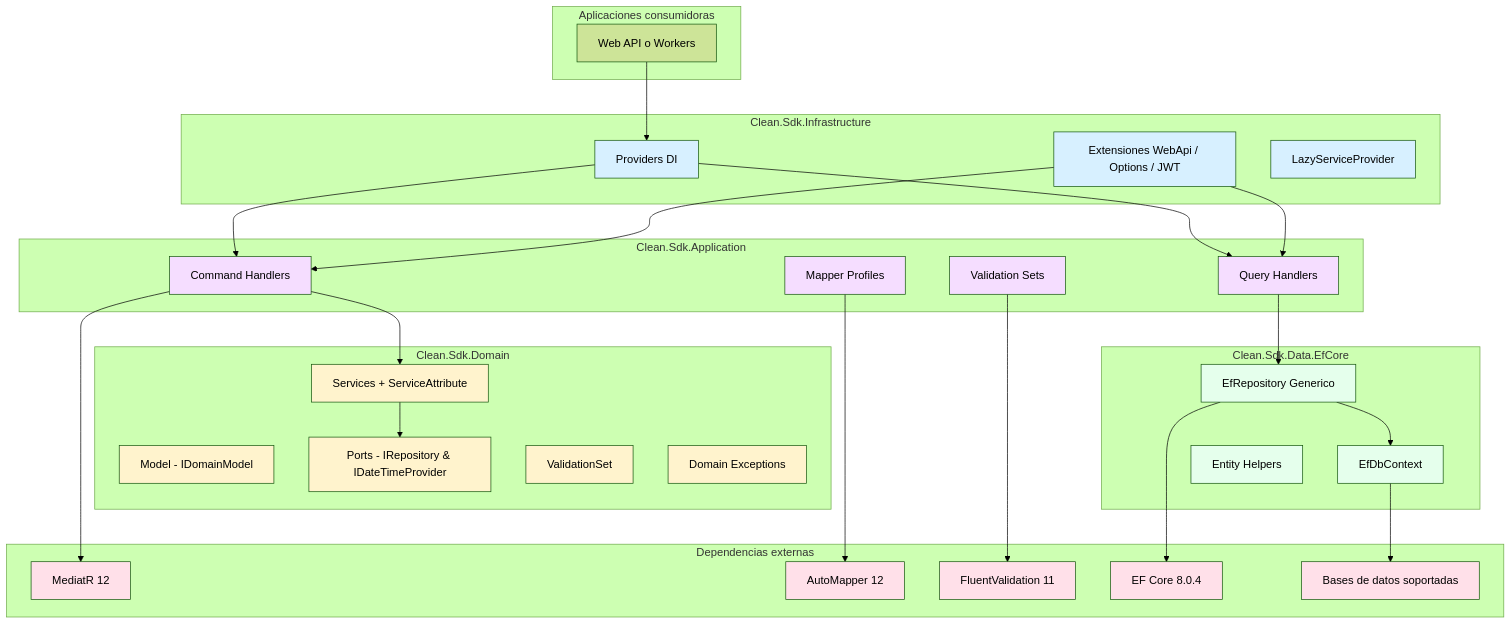
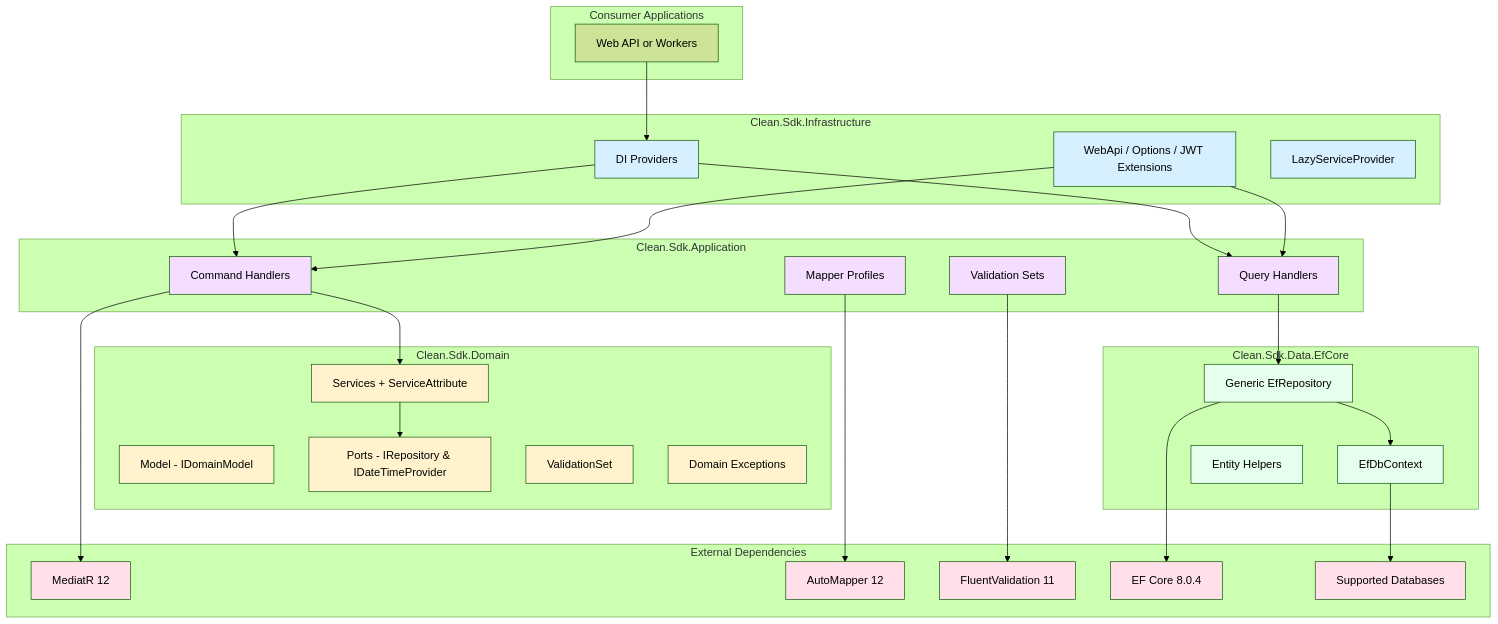
One commit to GbsoDev/Clean.Sdk changed the first of 3 diagrams in architecture/index.md. Above: the diagram before and after it, drawn with Mermaid (forest theme). The commit also changed other lines of this file and 6 other files, not shown here.

````diff
--- a/architecture/index.md
+++ b/architecture/index.md
@@ -29,69 +29,69 @@
 ```mermaid
 graph TB
-  subgraph "Aplicaciones consumidoras"
-    APP[Web API o Workers]
+  subgraph "Consumer Applications"
+    APP[Web API or Workers]
   end
 
   subgraph "Clean.Sdk.Infrastructure"
-    INF_DI[Providers DI]
-    INF_EXT[Extensiones WebApi / Options / JWT]
+    INF_DI[DI Providers]
+    INF_EXT[WebApi / Options / JWT Extensions]
     INF_LAZY[LazyServiceProvider]
   end
 
   subgraph "Clean.Sdk.Application"
     APP_CMD[Command Handlers]
     APP_QRY[Query Handlers]
     APP_MAP[Mapper Profiles]
     APP_VAL[Validation Sets]
   end
 
   subgraph "Clean.Sdk.Domain"
     DOM_MODEL[Model - IDomainModel]
     DOM_PORTS[Ports - IRepository & IDateTimeProvider]
     DOM_SERV[Services + ServiceAttribute]
     DOM_VALID[ValidationSet]
     DOM_EXC[Domain Exceptions]
   end
 
   subgraph "Clean.Sdk.Data.EfCore"
-    DATA_REPO[EfRepository Generico]
+    DATA_REPO[Generic EfRepository]
     DATA_CTX[EfDbContext]
     DATA_ENT[Entity Helpers]
   end
 
-  subgraph "Dependencias externas"
+  subgraph "External Dependencies"
     EXT_MED[MediatR 12]
     EXT_AM[AutoMapper 12]
     EXT_FV[FluentValidation 11]
     EXT_EF[EF Core 8.0.4]
-    EXT_DB[Bases de datos soportadas]
+    EXT_DB[Supported Databases]
   end
 
   APP --> INF_DI
   INF_DI --> APP_CMD
   INF_DI --> APP_QRY
   INF_EXT --> APP_CMD
   INF_EXT --> APP_QRY
   APP_CMD --> DOM_SERV
   APP_QRY --> DATA_REPO
   DOM_SERV --> DOM_PORTS
   DATA_REPO --> DATA_CTX
   DATA_CTX --> EXT_DB
 
   APP_CMD --> EXT_MED
   APP_MAP --> EXT_AM
   APP_VAL --> EXT_FV
   DATA_REPO --> EXT_EF
 
   classDef infrastructure fill:#d7f0ff
   classDef application fill:#f5ddff
   classDef domain fill:#fff3cd
   classDef data fill:#e5ffec
   classDef external fill:#ffe0e9
 
   class INF_DI,INF_EXT,INF_LAZY infrastructure
   class APP_CMD,APP_QRY,APP_MAP,APP_VAL application
   class DOM_MODEL,DOM_PORTS,DOM_SERV,DOM_VALID,DOM_EXC domain
   class DATA_REPO,DATA_CTX,DATA_ENT data
   class EXT_MED,EXT_AM,EXT_FV,EXT_EF,EXT_DB external
 ```
````
